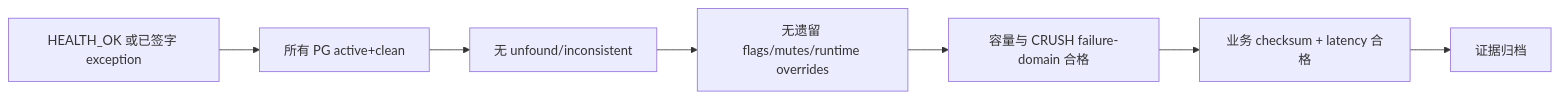
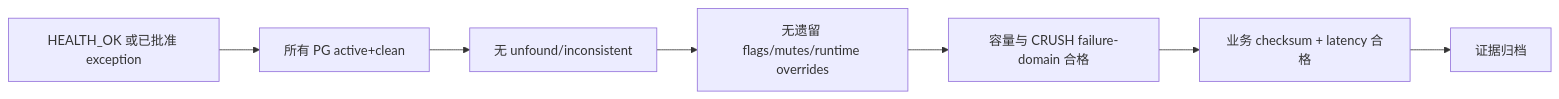
Before and after one commit to brinnatt/kubeauto: diagram 44 of 53 in docs/storage/ceph/03-rados.md, drawn with Mermaid. The commit also changed other lines of this file and 8 other files, not shown here.

````diff
--- a/docs/storage/ceph/03-rados.md
+++ b/docs/storage/ceph/03-rados.md
@@ -1945,9 +1945,9 @@
 ```mermaid
 flowchart LR
-  H[HEALTH_OK 或已签字 exception] --> P[所有 PG active+clean]
+  H[HEALTH_OK 或已批准 exception] --> P[所有 PG active+clean]
   P --> Q[无 unfound/inconsistent]
   Q --> F[无遗留 flags/mutes/runtime overrides]
   F --> C[容量与 CRUSH failure-domain 合格]
   C --> B[业务 checksum + latency 合格]
   B --> D[证据归档]
 ```
````
